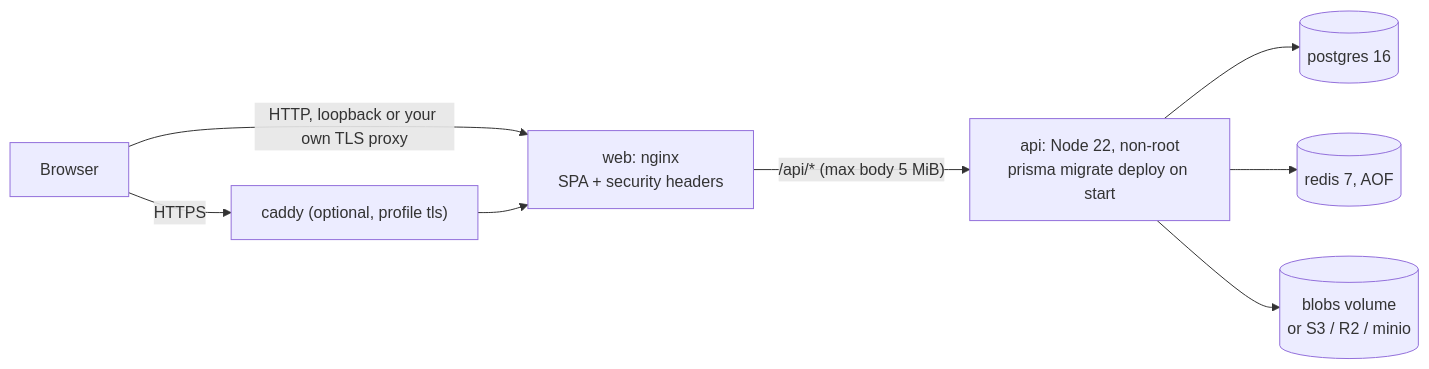
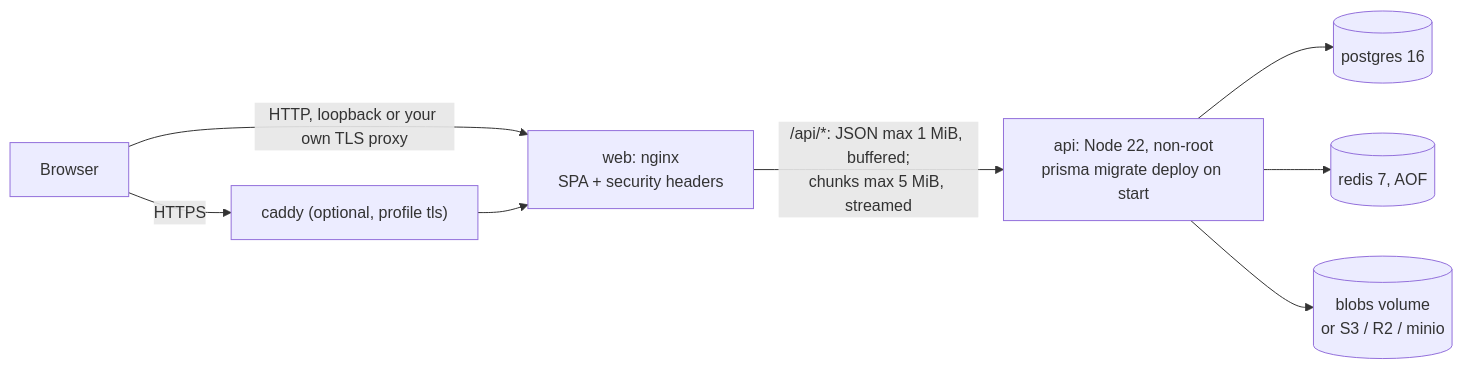
Before and after one commit to exotic-Siddharth/cipherdrop: the first of 2 diagrams in docs/DEPLOYMENT.md, drawn with Mermaid. The commit also changed other lines of this file and 7 other files, not shown here.

````diff
--- a/docs/DEPLOYMENT.md
+++ b/docs/DEPLOYMENT.md
@@ -14,10 +15,10 @@
 ```mermaid
 flowchart LR
   B[Browser] -->|HTTPS| C["caddy (optional, profile tls)"]
   B -->|HTTP, loopback or your own TLS proxy| W
   C --> W["web: nginx<br/>SPA + security headers"]
-  W -->|"/api/* (max body 5 MiB)"| A["api: Node 22, non-root<br/>prisma migrate deploy on start"]
+  W -->|"/api/*: JSON max 1 MiB, buffered;<br/>chunks max 5 MiB, streamed"| A["api: Node 22, non-root<br/>prisma migrate deploy on start"]
   A --> P[(postgres 16)]
   A --> R[(redis 7, AOF)]
   A --> S[("blobs volume<br/>or S3 / R2 / minio")]
 ```
````
